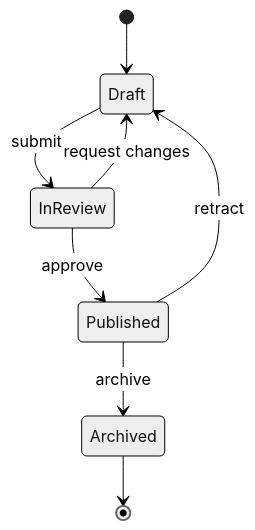
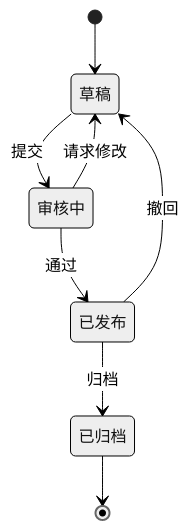
The fifth of 14 diagrams in nuxt4/content/posts/markdown-mermaid.md (ynx-official/Shirone), drawn with Mermaid (neutral theme) before and after one commit. The commit also changed other lines of this file and 99 other files, not shown here.

````diff
--- a/nuxt4/content/posts/markdown-mermaid.md
+++ b/nuxt4/content/posts/markdown-mermaid.md
@@ -122,12 +115,16 @@
 ```mermaid
 stateDiagram-v2
-    accTitle: Article lifecycle
-    accDescr: An article moves from draft to review and publication. It may return for revision or eventually be archived.
+    accTitle: 状态图示例
+    accDescr: 使用状态图说明博客中的信息关系与工作过程。
+    state "草稿" as Draft
+    state "审核中" as InReview
+    state "已发布" as Published
+    state "已归档" as Archived
     [*] --> Draft
-    Draft --> InReview : submit
-    InReview --> Draft : request changes
-    InReview --> Published : approve
-    Published --> Draft : retract
-    Published --> Archived : archive
+    Draft --> InReview : 提交
+    InReview --> Draft : 请求修改
+    InReview --> Published : 通过
+    Published --> Draft : 撤回
+    Published --> Archived : 归档
     Archived --> [*]
 ```
````
